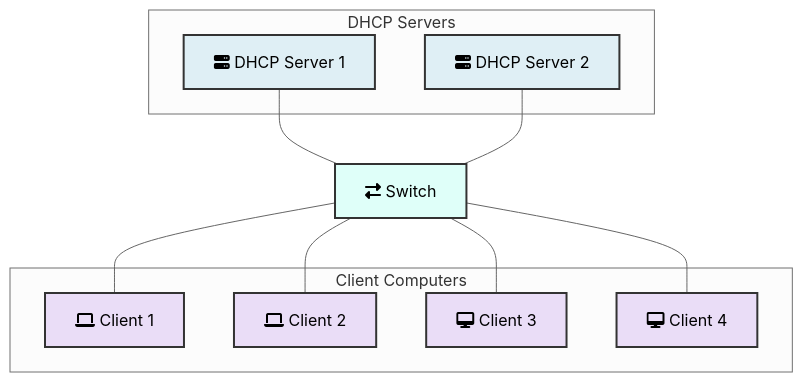
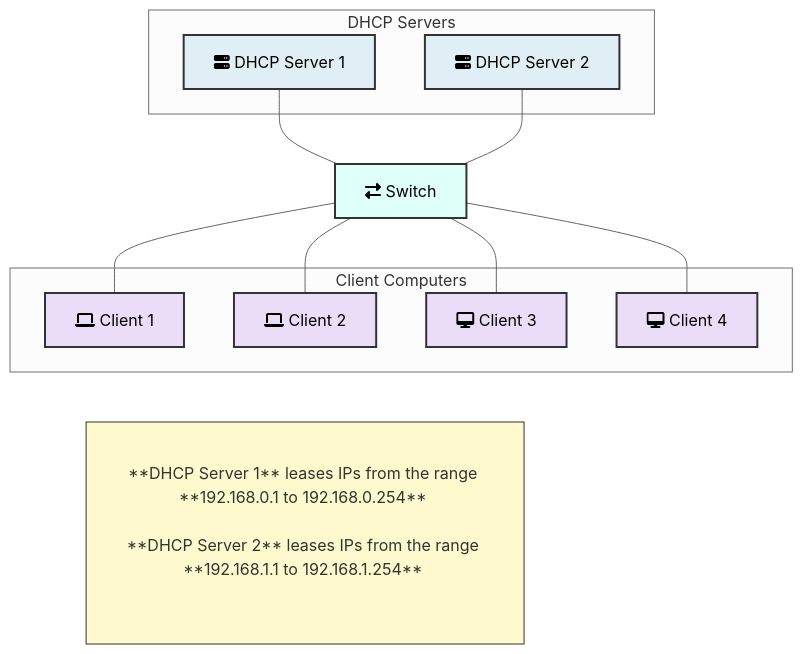
One commit to jtj/Network-Protocol-Diagrams changed the diagram in DHCP/DHCP Use Cases/DHCPFailoverScenarioTopology.mmd. Above: the diagram before and after it, drawn with Mermaid (neutral theme).

Commit message:
Added note that shows the IP ranges leased by each of the DHCP servers in the diagram.

```diff
--- a/DHCP/DHCP Use Cases/DHCPFailoverScenarioTopology.mmd
+++ b/DHCP/DHCP Use Cases/DHCPFailoverScenarioTopology.mmd
@@ -1,37 +1,48 @@
 
 
 graph TD
     %% Define style classes for different device types
     classDef server fill:#add8e660,stroke:#333,stroke-width:2px
     classDef switch fill:#00ffcc20,stroke:#333,stroke-width:2px
     classDef client fill:#6600cc20,stroke:#333,stroke-width:2px
 
     %% --- Server Subgraph ---
     subgraph DHCP Servers
         DHCP1["fa:fa-server DHCP Server 1"]
+        
         DHCP2["fa:fa-server DHCP Server 2"]
     end
 
     %% --- Network Switch ---
     SW1["fa:fa-exchange-alt Switch"]
 
     %% --- Client Subgraph ---
     subgraph "Client Computers"
         Client1["fa:fa-laptop Client 1"]
         Client2["fa:fa-laptop Client 2"]
         Client3["fa:fa-desktop Client 3"]
         Client4["fa:fa-desktop Client 4"]
     end
 
     %% --- Define Connections ---
     DHCP1 --- SW1
     DHCP2 --- SW1
     SW1 --- Client1
     SW1 --- Client2
     SW1 --- Client3
     SW1 --- Client4
+    Client2 ~~~ NoteBottom
+
+  
 
     %% --- Apply Styles ---
     class DHCP1,DHCP2 server
     class SW1 switch
     class Client1,Client2,Client3,Client4 client
+
+    %% --- Diagram Note ---
+    %% This is a workaround for notes in flowcharts. You can use a dummy node and style it as a note.
+    NoteBottom["<br/>**DHCP Server 1** leases IPs from the range **192.168.0.1 to 192.168.0.254** <br/><br/>**DHCP Server 2** leases IPs from the range **192.168.1.1 to 192.168.1.254** <br/> <span style="opacity:0">..................................................................................</span> "]
+    NoteBottom:::note
+   
+    classDef note fill:#fffacd,stroke:#333,stroke-width:1px,color:#333,font-size:16px
```
